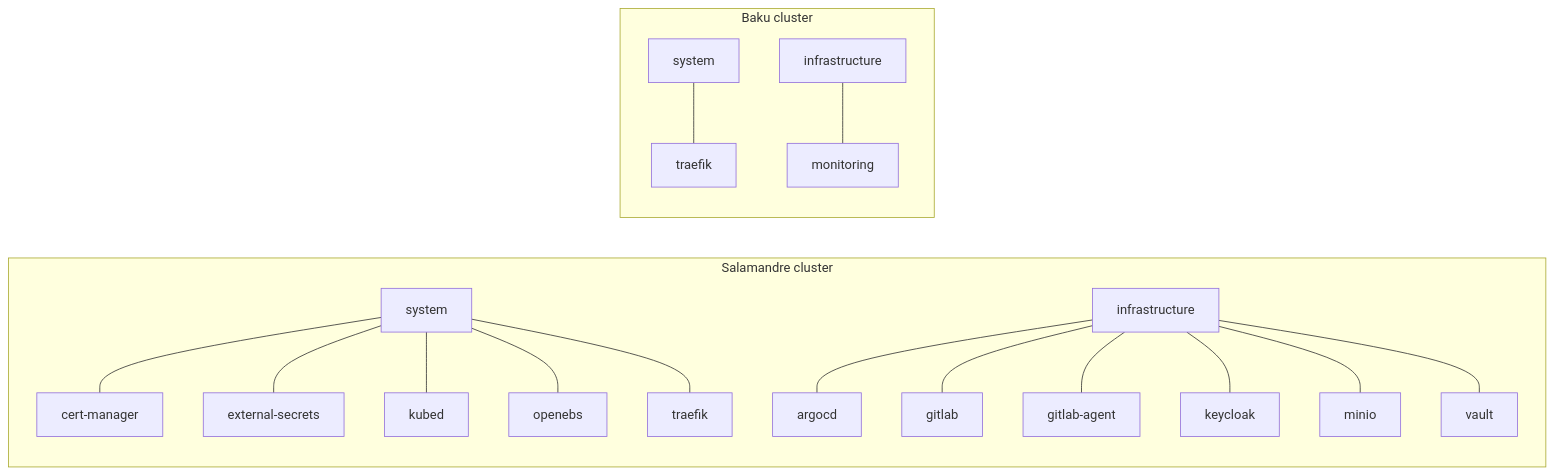
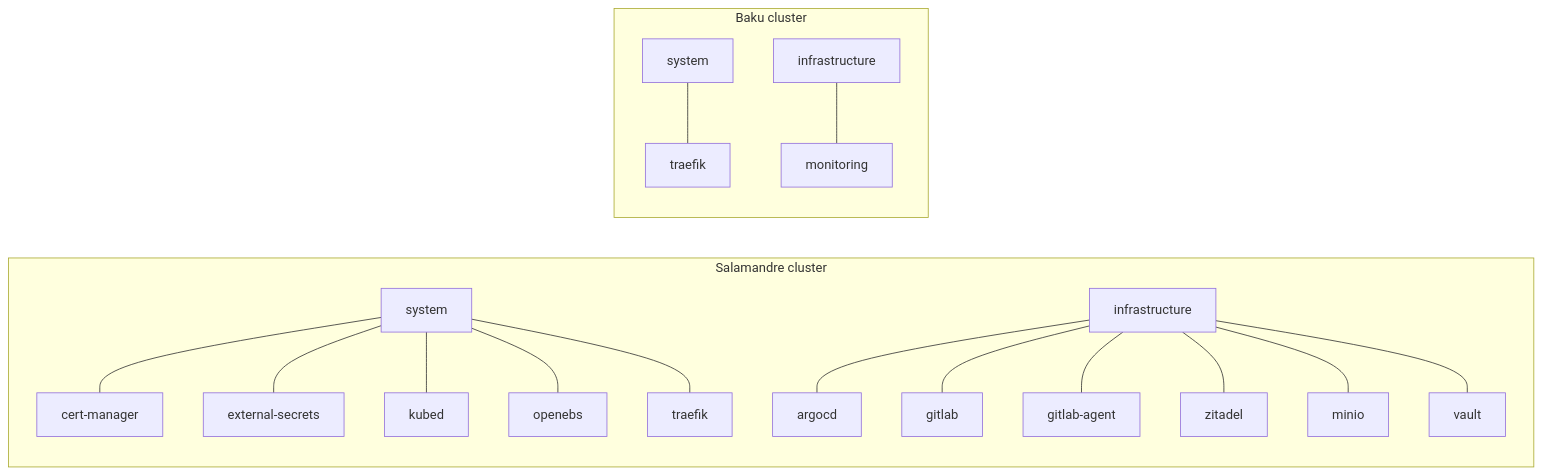
Before and after one commit to sebtiz13/homecluster: the first of 2 diagrams in docs/references/architecture/overview.md, drawn with Mermaid. The commit also changed other lines of this file and 32 other files, not shown here.

First line of the commit message:
refactor(apps): replace keycloak by zitadel

````diff
--- a/docs/references/architecture/overview.md
+++ b/docs/references/architecture/overview.md
@@ -5,22 +5,22 @@
 ```mermaid
 graph LR
   subgraph "Salamandre cluster"
     s-system[system] --- cert-manager
     s-system --- external-secrets
     s-system --- kubed
     s-system --- openebs
     s-system --- s-traefik[traefik]
 
     s-infrastructure[infrastructure] --- argocd
     s-infrastructure --- gitlab
     s-infrastructure --- gitlab-agent
-    s-infrastructure --- keycloak
+    s-infrastructure --- zitadel
     s-infrastructure --- minio
     s-infrastructure --- vault
   end
 
   subgraph "Baku cluster"
     b-system[system] --- b-traefik[traefik]
     b-infrastructure[infrastructure] --- monitoring
   end
 ```
````
